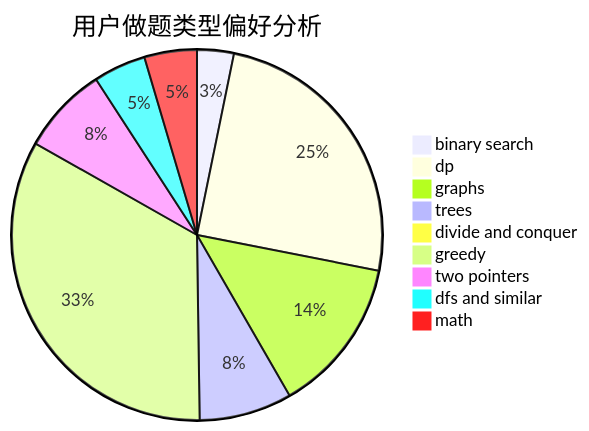
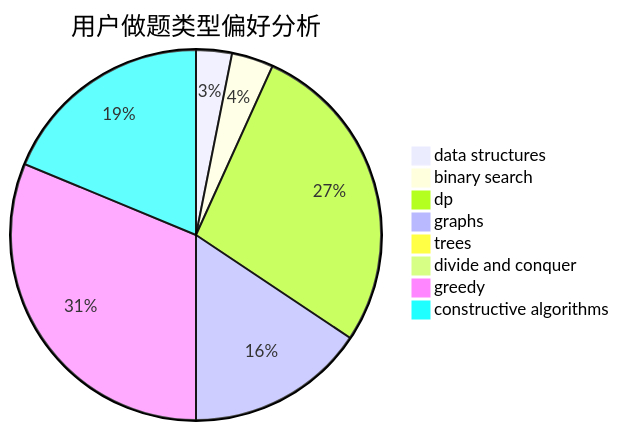
The second of 3 diagrams in docs/user/u138.md (sherpahu/cfrs.github.io), drawn with Mermaid before and after one commit. The commit also changed other lines of this file and 2775 other files, not shown here.

````diff
--- a/docs/user/u138.md
+++ b/docs/user/u138.md
@@ -23,12 +23,11 @@
 ```mermaid
 pie title 用户做题类型偏好分析
-    "binary search" :  21
-    "dp" :  163
-    "graphs" :  89
-    "trees" :  53
-    "divide and conquer" :  2
-    "greedy" :  219
-    "two pointers" :  50
-    "dfs and similar" :  30
-    "math" :  30
+    "data structures" :  6
+    "binary search" :  7
+    "dp" :  53
+    "graphs" :  30
+    "trees" :  1
+    "divide and conquer" :  0
+    "greedy" :  60
+    "constructive algorithms" :  36
 ```
````
